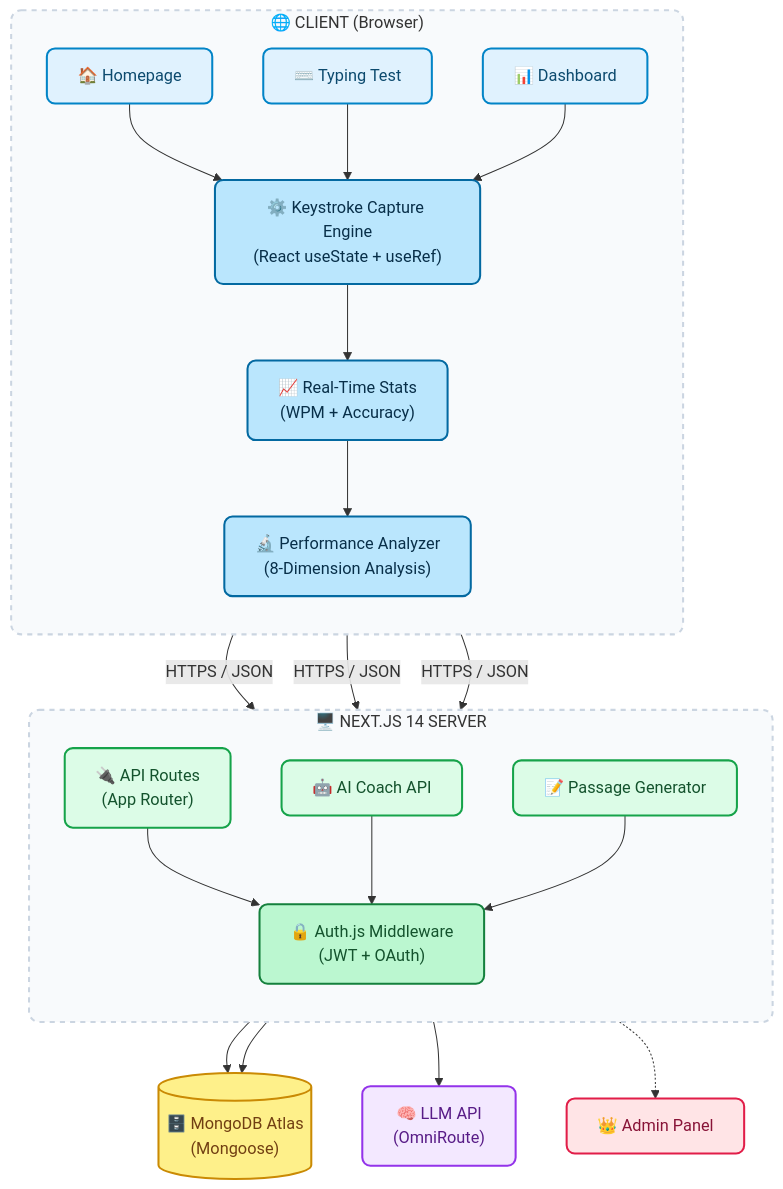
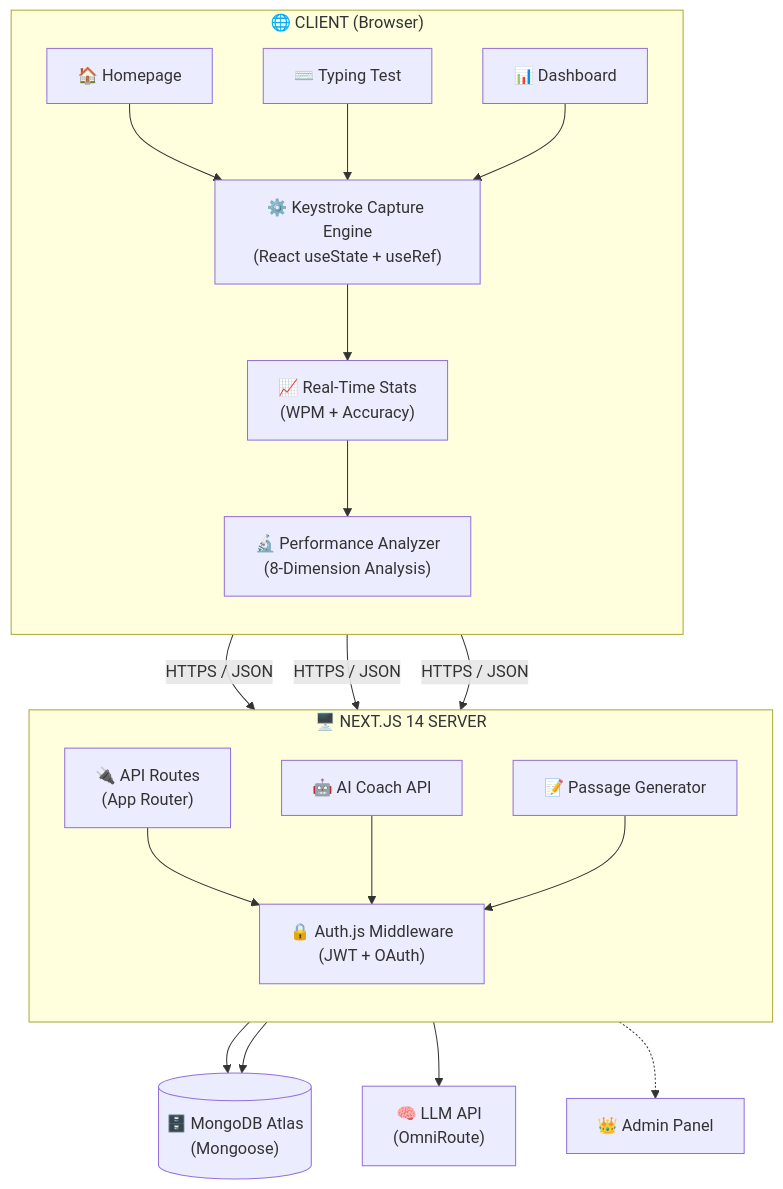
One commit to maghfoormalkana/KeyCoachAI changed the diagram in README.md. Above: the diagram before and after it, drawn with Mermaid. The commit also changed other lines of this file, not shown here.

````diff
--- a/README.md
+++ b/README.md
@@ -70,79 +70,69 @@
 ```mermaid
 flowchart TD
-    %% ==========================================
-    %% COLOR PALETTE & STYLES
-    %% ==========================================
-    classDef ui fill:#e0f2fe,stroke:#0284c7,stroke-width:2px,color:#0c4a6e,rx:8,ry:8
-    classDef engine fill:#bae6fd,stroke:#0369a1,stroke-width:2px,color:#082f49,rx:8,ry:8
-    classDef api fill:#dcfce7,stroke:#16a34a,stroke-width:2px,color:#14532d,rx:8,ry:8
-    classDef auth fill:#bbf7d0,stroke:#15803d,stroke-width:2px,color:#14532d,rx:8,ry:8
-    classDef db fill:#fef08a,stroke:#ca8a04,stroke-width:2px,color:#713f12
-    classDef ai fill:#f3e8ff,stroke:#9333ea,stroke-width:2px,color:#581c87,rx:8,ry:8
-    classDef admin fill:#ffe4e6,stroke:#e11d48,stroke-width:2px,color:#881337,rx:8,ry:8
-    classDef subGraphStyle fill:#f8fafc,stroke:#cbd5e1,stroke-width:2px,stroke-dasharray: 5 5,rx:10,ry:10
+
 
     %% ==========================================
     %% CLIENT ARCHITECTURE
     %% ==========================================
     subgraph Client["🌐 CLIENT (Browser)"]
         direction TB
         
         %% UI Layer
         Home["🏠 Homepage"]:::ui
         Test["⌨️ Typing Test"]:::ui
         Dash["📊 Dashboard"]:::ui
         
         %% Engine Layer
         Engine["⚙️ Keystroke Capture Engine<br/>(React useState + useRef)"]:::engine
         Stats["📈 Real-Time Stats<br/>(WPM + Accuracy)"]:::engine
         Analyzer["🔬 Performance Analyzer<br/>(8-Dimension Analysis)"]:::engine
         
         %% Client Internal Flow
         Home & Test & Dash --> Engine
         Engine --> Stats
         Stats --> Analyzer
     end
 
     %% ==========================================
     %% SERVER ARCHITECTURE
     %% ==========================================
     subgraph Server["🖥️ NEXT.JS 14 SERVER"]
         direction TB
         
         API["🔌 API Routes<br/>(App Router)"]:::api
         Coach["🤖 AI Coach API"]:::api
         Passage["📝 Passage Generator"]:::api
         
         Auth["🔒 Auth.js Middleware<br/>(JWT + OAuth)"]:::auth
         
         %% Server Internal Flow
         API & Coach & Passage --> Auth
     end
 
     %% ==========================================
     %% EXTERNAL SERVICES & DATABASES
     %% ==========================================
     Mongo[("🗄️ MongoDB Atlas<br/>(Mongoose)")]:::db
     LLM["🧠 LLM API<br/>(OmniRoute)"]:::ai
     Admin["👑 Admin Panel"]:::admin
 
     %% ==========================================
     %% CROSS-BOUNDARY DATA FLOW
     %% ==========================================
     
     %% Client to Server
     Analyzer -- "HTTPS / JSON" --> API
     Analyzer -- "HTTPS / JSON" --> Coach
     Analyzer -- "HTTPS / JSON" --> Passage
 
     %% Server to Services
     API --> Mongo
     Passage --> Mongo
     Coach --> LLM
     
     %% Server to Admin
     Server -.-> Admin
 
     %% Apply dashed styles to the main containers
     class Client,Server subGraphStyle
 ```
````
